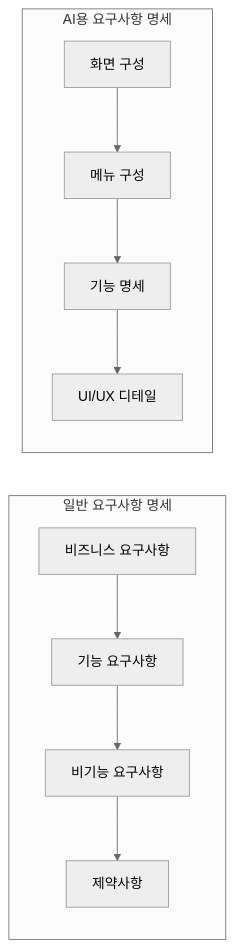
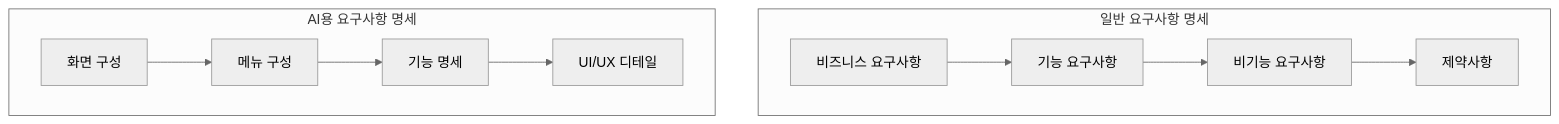
One commit to weniv/mdpre changed the diagram in 바이브코딩/바이브코딩_강의자료4_요구사항명세.md. Above: the diagram before and after it, drawn with Mermaid (neutral theme). The commit also changed other lines of this file and 4 other files, not shown here.

````diff
--- a/바이브코딩/바이브코딩_강의자료4_요구사항명세.md
+++ b/바이브코딩/바이브코딩_강의자료4_요구사항명세.md
@@ -15,14 +43,22 @@
 ```mermaid
-graph LR
-    subgraph "일반 요구사항 명세"
-        A1[비즈니스 요구사항] --> A2[기능 요구사항]
-        A2 --> A3[비기능 요구사항]
-        A3 --> A4[제약사항]
+graph TD
+    subgraph left["일반 요구사항 명세"]
+        A1[비즈니스 요구사항]
+        A2[기능 요구사항]
+        A3[비기능 요구사항]
+        A4[제약사항]
+        A1 --> A2
+        A2 --> A3
+        A3 --> A4
     end
     
-    subgraph "AI용 요구사항 명세"
-        B1[화면 구성] --> B2[메뉴 구성]
-        B2 --> B3[기능 명세]
-        B3 --> B4[UI/UX 디테일]
+    subgraph right["AI용 요구사항 명세"]
+        B1[화면 구성]
+        B2[메뉴 구성]
+        B3[기능 명세]
+        B4[UI/UX 디테일]
+        B1 --> B2
+        B2 --> B3
+        B3 --> B4
     end
 ```
````
